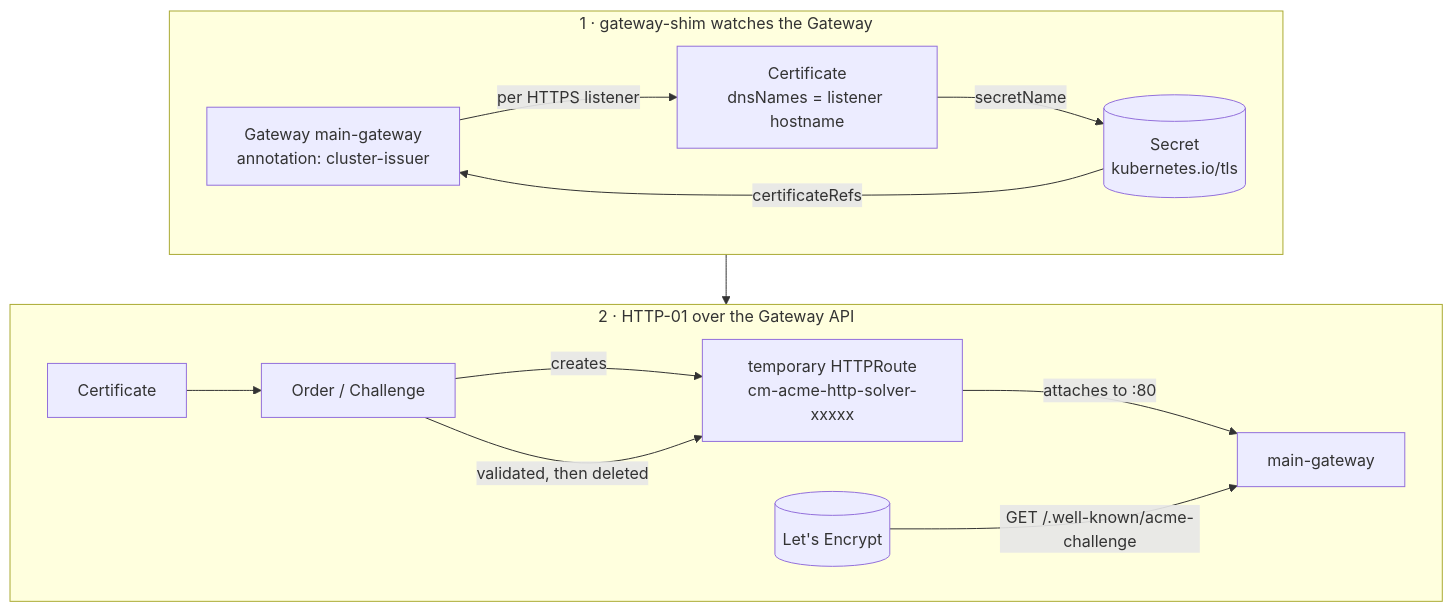
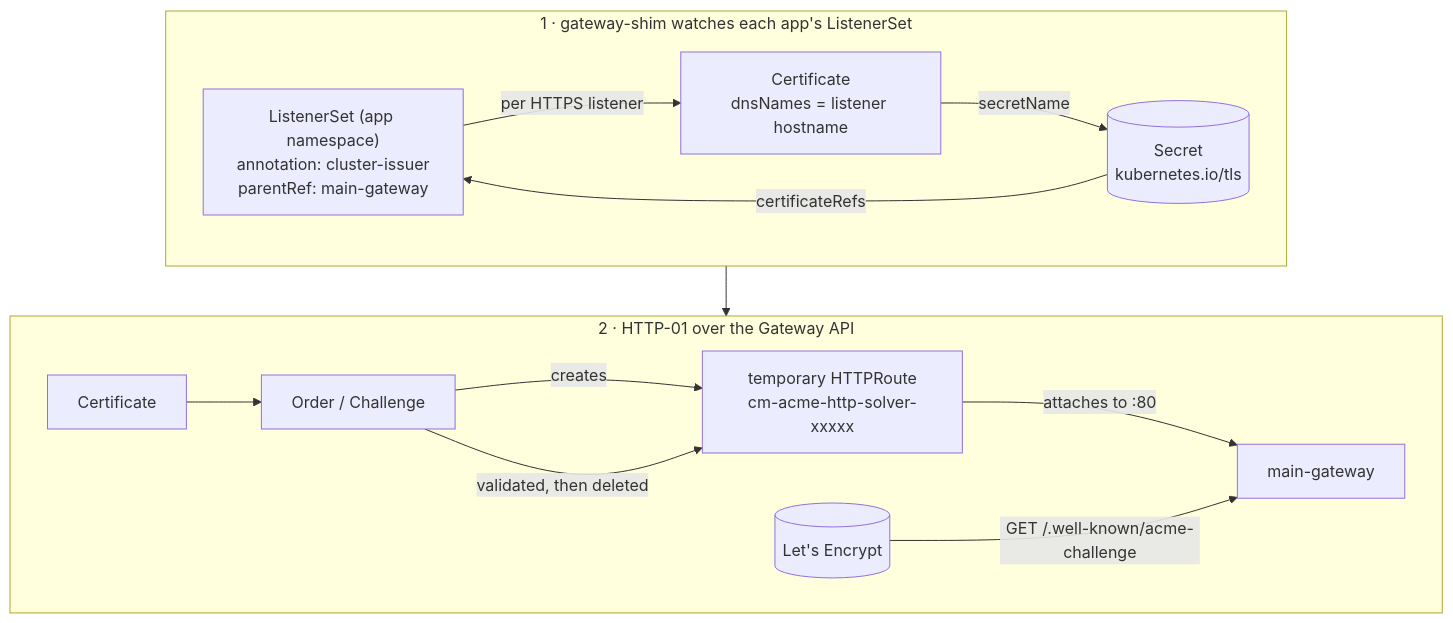
One commit to CodeSugar/home-platform changed the diagram in docs/guides/k8s-cert-manager.md. Above: the diagram before and after it, drawn with Mermaid. The commit also changed other lines of this file and 4 other files, not shown here.

````diff
--- a/docs/guides/k8s-cert-manager.md
+++ b/docs/guides/k8s-cert-manager.md
@@ -8,20 +8,20 @@
 ```mermaid
 flowchart TD
-    subgraph shim["1 · gateway-shim watches the Gateway"]
+    subgraph shim["1 · gateway-shim watches each app's ListenerSet"]
         direction LR
-        gw["Gateway main-gateway<br/>annotation: cluster-issuer"] -->|per HTTPS listener| cert["Certificate<br/>dnsNames = listener hostname"]
+        ls["ListenerSet (app namespace)<br/>annotation: cluster-issuer<br/>parentRef: main-gateway"] -->|per HTTPS listener| cert["Certificate<br/>dnsNames = listener hostname"]
         cert -->|secretName| sec[("Secret<br/>kubernetes.io/tls")]
-        sec -->|certificateRefs| gw
+        sec -->|certificateRefs| ls
     end
 
     subgraph acme["2 · HTTP-01 over the Gateway API"]
         direction LR
         cert2["Certificate"] --> ord["Order / Challenge"]
         ord -->|creates| hr["temporary HTTPRoute<br/>cm-acme-http-solver-xxxxx"]
         hr -->|attaches to :80| gw2["main-gateway"]
         le[("Let's Encrypt")] -->|GET /.well-known/acme-challenge| gw2
         ord -->|validated, then deleted| hr
     end
 
     shim --> acme
 ```
````
